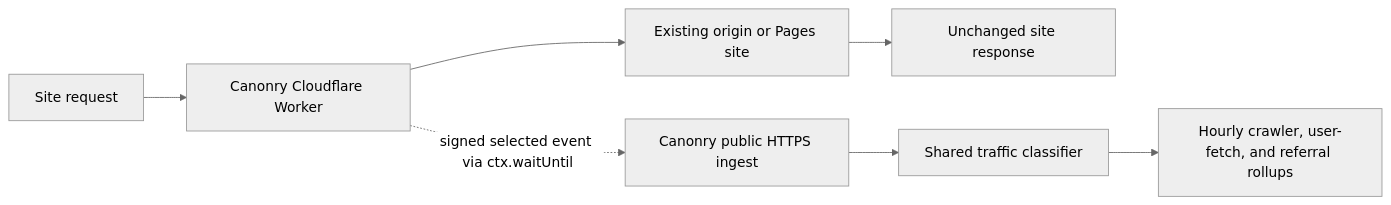
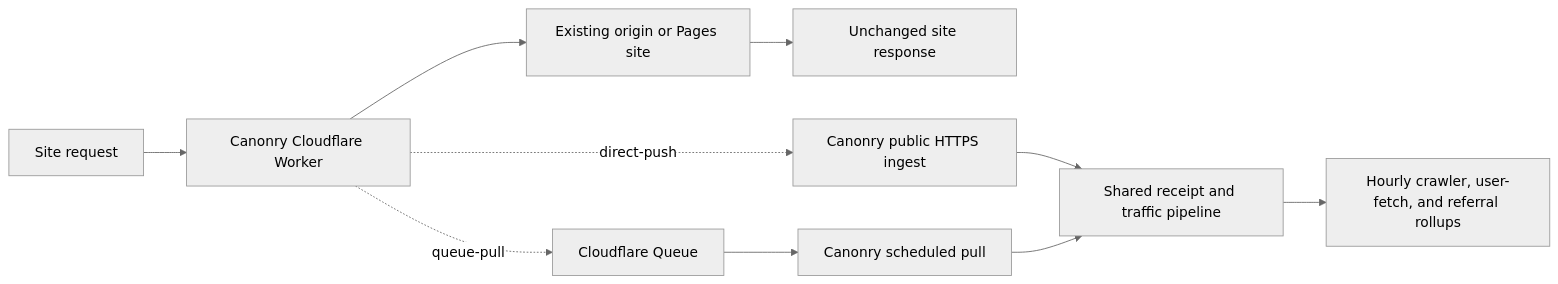
The diagram in plugins/canonry/skills/canonry/references/server-side-traffic.md (AINYC/canonry), drawn with Mermaid (neutral theme) before and after one commit. The commit also changed other lines of this file and 55 other files, not shown here.

Commit message:
feat(traffic): add Cloudflare Queue pull delivery

````diff
--- a/plugins/canonry/skills/canonry/references/server-side-traffic.md
+++ b/plugins/canonry/skills/canonry/references/server-side-traffic.md
@@ -209,9 +213,12 @@
 ```mermaid
 flowchart LR
   request["Site request"] --> worker["Canonry Cloudflare Worker"]
   worker --> origin["Existing origin or Pages site"]
   origin --> response["Unchanged site response"]
-  worker -. "signed selected event via ctx.waitUntil" .-> ingest["Canonry public HTTPS ingest"]
-  ingest --> classify["Shared traffic classifier"]
+  worker -. "direct-push" .-> ingest["Canonry public HTTPS ingest"]
+  worker -. "queue-pull" .-> queue["Cloudflare Queue"]
+  queue --> pull["Canonry scheduled pull"]
+  ingest --> classify["Shared receipt and traffic pipeline"]
+  pull --> classify
   classify --> rollups["Hourly crawler, user-fetch, and referral rollups"]
 ```
````
